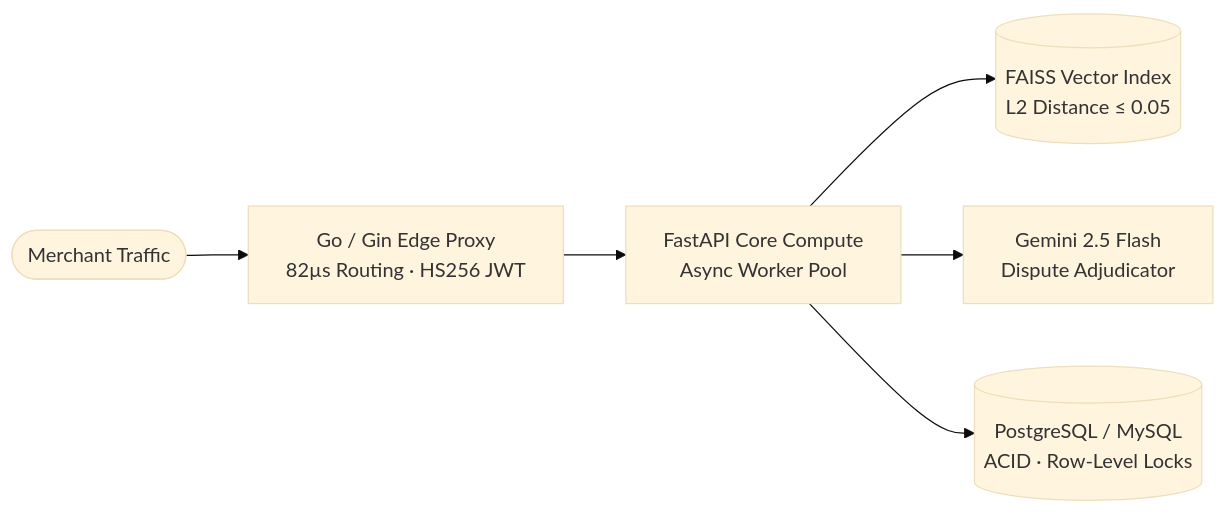
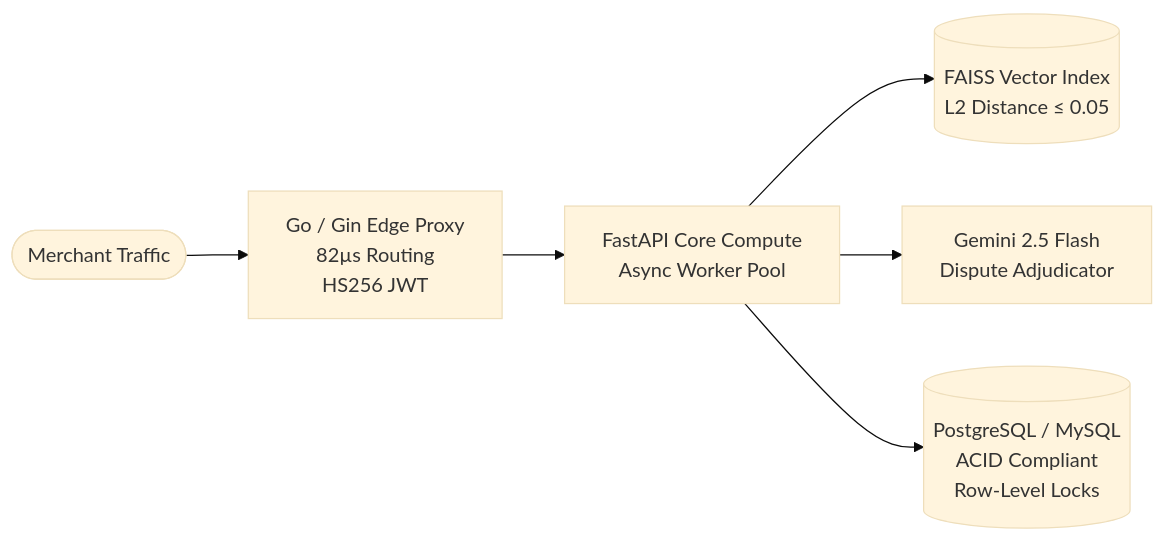
The diagram in README.md (itsmeharshkumarsingh/itsmeharshkumarsingh), drawn with Mermaid (base theme) before and after one commit. The commit also changed other lines of this file, not shown here.

````diff
--- a/README.md
+++ b/README.md
@@ -52,8 +52,8 @@
 ```mermaid
 flowchart LR
-    Client([Merchant Traffic]) --> Proxy[Go / Gin Edge Proxy<br/>82µs Routing · HS256 JWT]
+    Client([Merchant Traffic]) --> Proxy[Go / Gin Edge Proxy<br/>82µs Routing<br/>HS256 JWT]
     Proxy --> Engine[FastAPI Core Compute<br/>Async Worker Pool]
     Engine --> FAISS[(FAISS Vector Index<br/>L2 Distance ≤ 0.05)]
     Engine --> Gemini[Gemini 2.5 Flash<br/>Dispute Adjudicator]
-    Engine --> DB[(PostgreSQL / MySQL<br/>ACID · Row-Level Locks)]
+    Engine --> DB[(PostgreSQL / MySQL<br/>ACID Compliant<br/>Row-Level Locks)]
 ```
````
